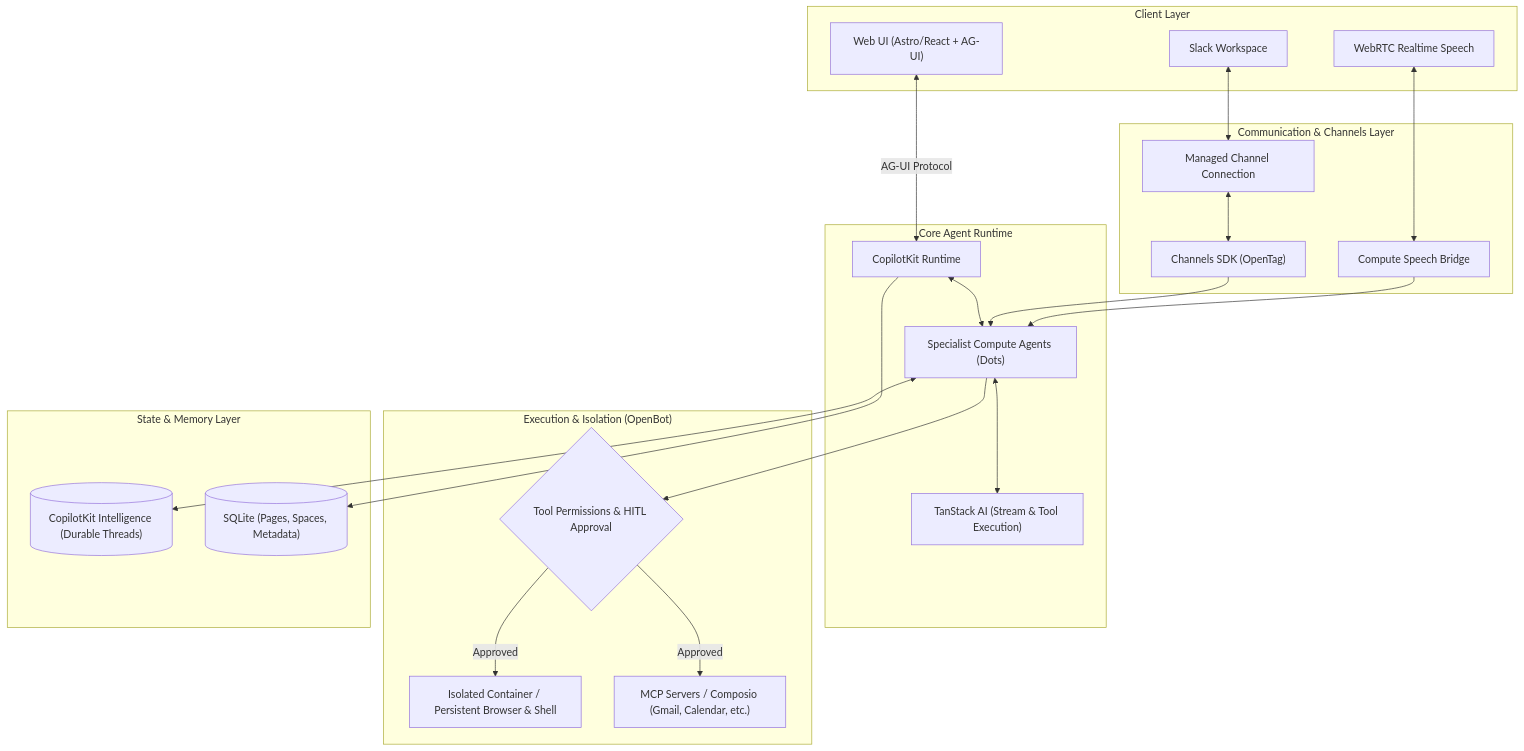
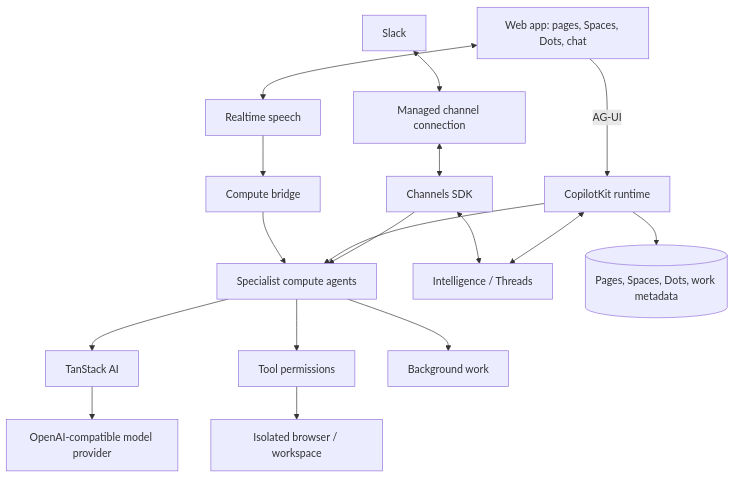
The diagram in src/pages/radar/opendots.md (ssk0224/auto-tech-radar), drawn with Mermaid before and after one commit. The commit also changed other lines of this file and 125 other files, not shown here.

````diff
--- a/src/pages/radar/opendots.md
+++ b/src/pages/radar/opendots.md
@@ -42,44 +52,19 @@
 ```mermaid
 flowchart TB
-  subgraph Frontend["Client Layer"]
-    Web["Web UI (Astro/React + AG-UI)"]
-    Voice["WebRTC Realtime Speech"]
-    SlackClient["Slack Workspace"]
-  end
-
-  subgraph Gateway["Communication & Channels Layer"]
-    ManagedSlack["Managed Channel Connection"]
-    ChannelsSDK["Channels SDK (OpenTag)"]
-    SpeechBridge["Compute Speech Bridge"]
-  end
-
-  subgraph RuntimeLayer["Core Agent Runtime"]
-    CopilotRuntime["CopilotKit Runtime"]
-    TanStackAI["TanStack AI (Stream & Tool Execution)"]
-    SpecialistDots["Specialist Compute Agents (Dots)"]
-  end
-
-  subgraph SandboxLayer["Execution & Isolation (OpenBot)"]
-    ToolControls{"Tool Permissions & HITL Approval"}
-    DotComputer["Isolated Container / Persistent Browser & Shell"]
-    MCPGateway["MCP Servers / Composio (Gmail, Calendar, etc.)"]
-  end
-
-  subgraph Persistence["State & Memory Layer"]
-    IntelligenceThreads[("CopilotKit Intelligence (Durable Threads)")]
-    AppDB[("SQLite (Pages, Spaces, Metadata)")]
-  end
-
- Web <-->|AG-UI Protocol| CopilotRuntime
-  Voice <--> SpeechBridge --> SpecialistDots
-  SlackClient <--> ManagedSlack <--> ChannelsSDK --> SpecialistDots
-
-  CopilotRuntime <--> SpecialistDots
-  SpecialistDots <--> TanStackAI
-  SpecialistDots <--> IntelligenceThreads
-  CopilotRuntime --> AppDB
-
-  SpecialistDots --> ToolControls
- ToolControls -->|Approved| DotComputer
- ToolControls -->|Approved| MCPGateway
+  Web["Web app: pages, Spaces, Dots, chat"] -->|AG-UI| Runtime[CopilotKit runtime]
+  Slack[Slack] <--> Managed[Managed channel connection]
+  Managed <--> Channels[Channels SDK]
+  Channels --> Agents[Specialist compute agents]
+  Runtime --> Agents
+  Agents --> AI[TanStack AI]
+  AI --> Provider[OpenAI-compatible model provider]
+  Runtime <--> Intelligence["Intelligence / Threads"]
+  Channels <--> Intelligence
+  Web <--> Speech[Realtime speech]
+  Speech --> Bridge[Compute bridge]
+  Bridge --> Agents
+  Agents --> Controls[Tool permissions]
+  Controls --> Computer[Isolated browser / workspace]
+  Agents --> Jobs[Background work]
+  Runtime --> Metadata[(Pages, Spaces, Dots, work metadata)]
 ```
````
